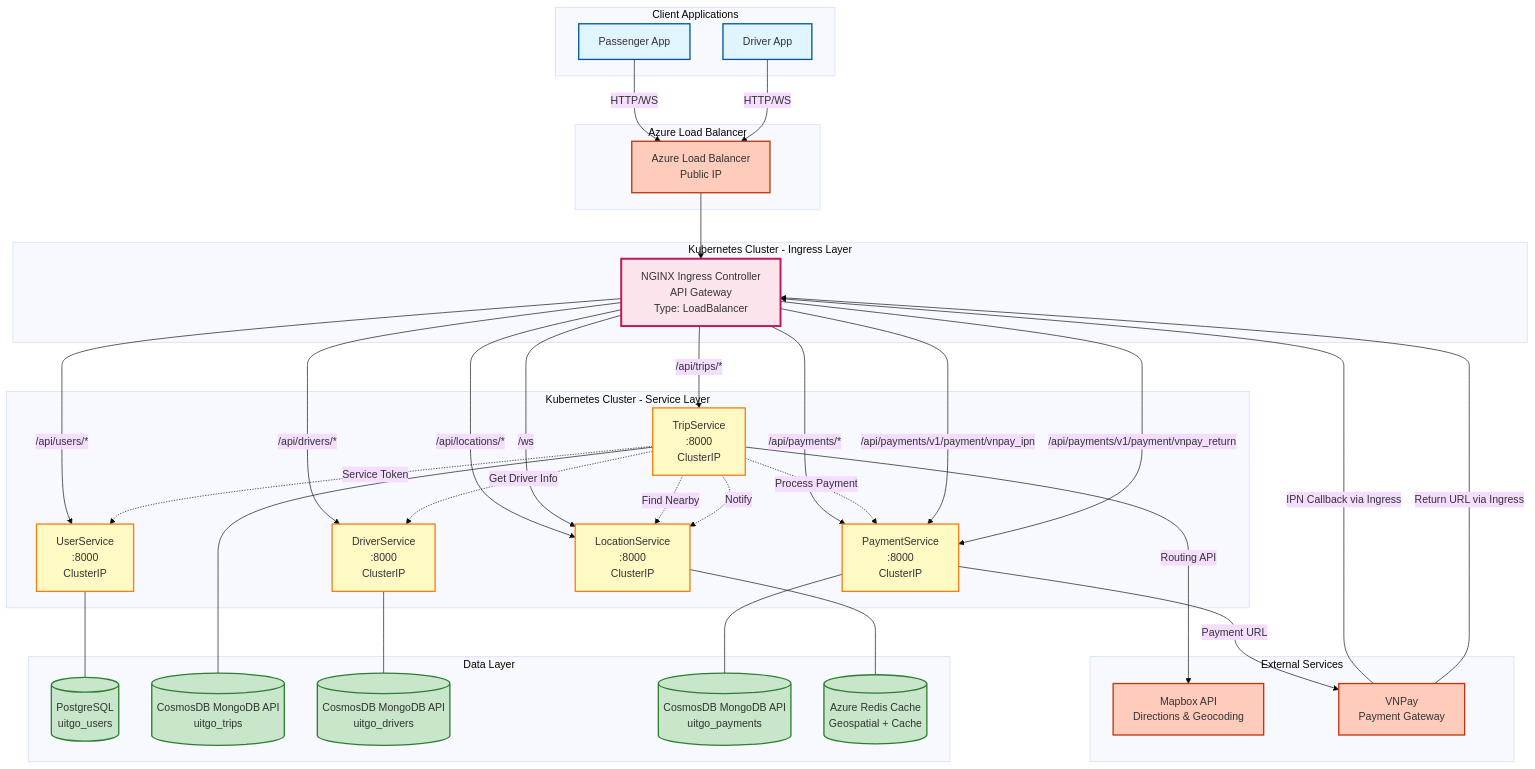
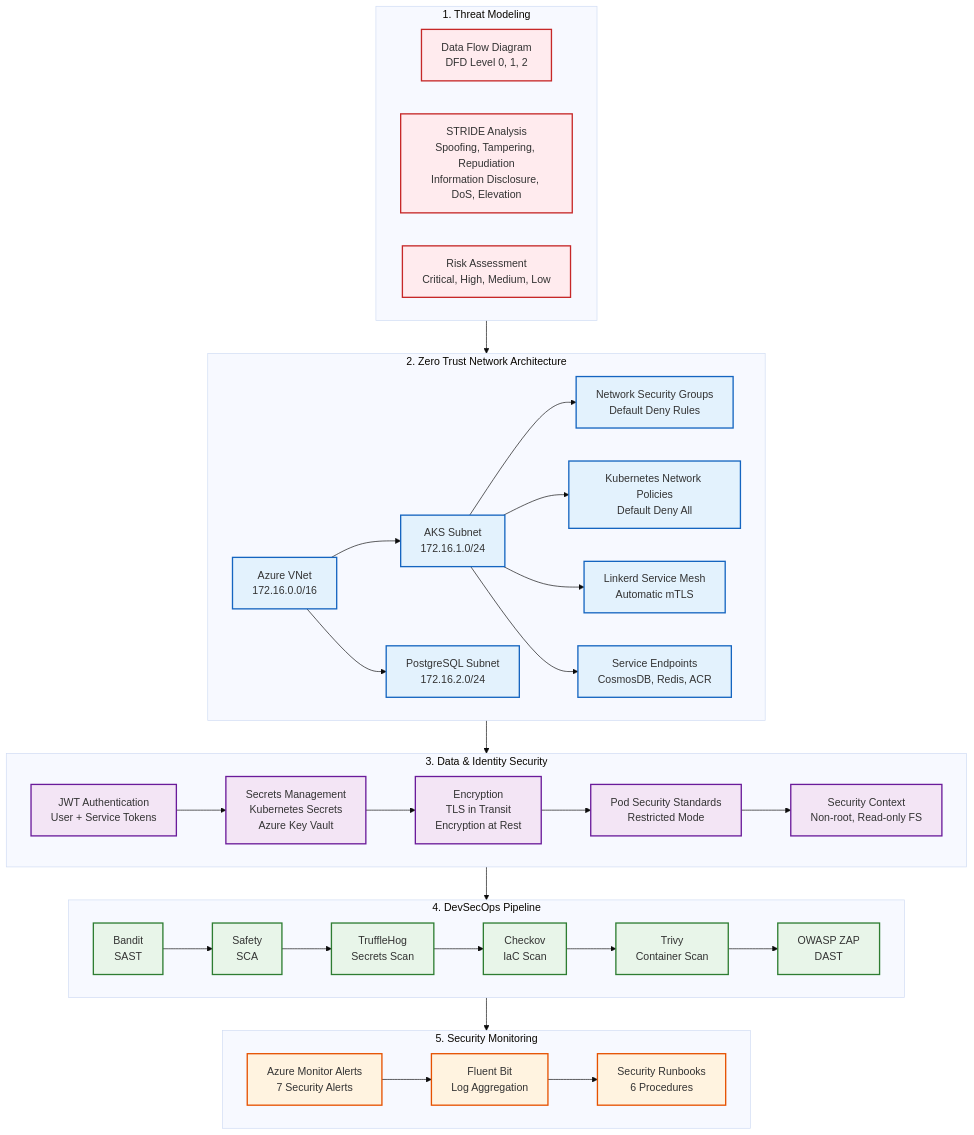
Before and after one commit to luuquanghuy-ui/se360-uit-go: the second of 2 diagrams in docs/ARCHITECTURE.md, drawn with Mermaid (base theme). The commit also changed other lines of this file, not shown here.

````diff
--- a/docs/ARCHITECTURE.md
+++ b/docs/ARCHITECTURE.md
@@ -222,83 +154,79 @@
 ```mermaid
 flowchart TB
-    subgraph "Client Applications"
-        PA[Passenger App]
-        DA[Driver App]
+    subgraph Threat["1. Threat Modeling"]
+        DFD[Data Flow Diagram<br/>DFD Level 0, 1, 2]
+        STRIDE[STRIDE Analysis<br/>Spoofing, Tampering, Repudiation<br/>Information Disclosure, DoS, Elevation]
+        RISK[Risk Assessment<br/>Critical, High, Medium, Low]
     end
 
-    subgraph "External Services"
-        MAPBOX[Mapbox API<br/>Directions & Geocoding]
-        VNPAY[VNPay<br/>Payment Gateway]
+    subgraph Network["2. Zero Trust Network Architecture"]
+        VNET[Azure VNet<br/>172.16.0.0/16]
+        SUBNET1[AKS Subnet<br/>172.16.1.0/24]
+        SUBNET2[PostgreSQL Subnet<br/>172.16.2.0/24]
+        NSG[Network Security Groups<br/>Default Deny Rules]
+        NP[Kubernetes Network Policies<br/>Default Deny All]
+        LINKERD[Linkerd Service Mesh<br/>Automatic mTLS]
+        SE[Service Endpoints<br/>CosmosDB, Redis, ACR]
     end
 
-    subgraph "Azure Load Balancer"
-        LB[Azure Load Balancer<br/>Public IP]
+    subgraph Data["3. Data & Identity Security"]
+        JWT[JWT Authentication<br/>User + Service Tokens]
+        SECRETS[Secrets Management<br/>Kubernetes Secrets<br/>Azure Key Vault]
+        ENCRYPT[Encryption<br/>TLS in Transit<br/>Encryption at Rest]
+        PSS[Pod Security Standards<br/>Restricted Mode]
+        SC[Security Context<br/>Non-root, Read-only FS]
     end
 
-    subgraph "Kubernetes Cluster - Ingress Layer"
-        INGRESS[NGINX Ingress Controller<br/>API Gateway<br/>Type: LoadBalancer]
+    subgraph DevSecOps["4. DevSecOps Pipeline"]
+        SAST[Bandit<br/>SAST]
+        SCA[Safety<br/>SCA]
+        SECRET[TruffleHog<br/>Secrets Scan]
+        IAC[Checkov<br/>IaC Scan]
+        CONTAINER[Trivy<br/>Container Scan]
+        DAST[OWASP ZAP<br/>DAST]
     end
 
-    subgraph "Kubernetes Cluster - Service Layer"
-        US[UserService<br/>:8000<br/>ClusterIP]
-        TS[TripService<br/>:8000<br/>ClusterIP]
-        DS[DriverService<br/>:8000<br/>ClusterIP]
-        LS[LocationService<br/>:8000<br/>ClusterIP]
-        PS[PaymentService<br/>:8000<br/>ClusterIP]
+    subgraph Monitor["5. Security Monitoring"]
+        ALERTS[Azure Monitor Alerts<br/>7 Security Alerts]
+        LOGS[Fluent Bit<br/>Log Aggregation]
+        RUNBOOKS[Security Runbooks<br/>6 Procedures]
     end
 
-    subgraph "Data Layer"
-        POSTGRES[(PostgreSQL<br/>uitgo_users)]
-        MONGO_TRIP[(CosmosDB MongoDB API<br/>uitgo_trips)]
-        MONGO_DRIVER[(CosmosDB MongoDB API<br/>uitgo_drivers)]
-        MONGO_PAYMENT[(CosmosDB MongoDB API<br/>uitgo_payments)]
-        REDIS[(Azure Redis Cache<br/>Geospatial + Cache)]
-    end
+    Threat --> Network
+    Network --> Data
+    Data --> DevSecOps
+    DevSecOps --> Monitor
 
-    %% Client to Ingress
-    PA -->|HTTP/WS| LB
-    DA -->|HTTP/WS| LB
-    LB --> INGRESS
+    VNET --> SUBNET1
+    VNET --> SUBNET2
+    SUBNET1 --> NSG
+    SUBNET1 --> NP
+    SUBNET1 --> LINKERD
+    SUBNET1 --> SE
 
-    %% Ingress routing (API Gateway pattern)
-    INGRESS -->|/api/users/*| US
-    INGRESS -->|/api/trips/*| TS
-    INGRESS -->|/api/drivers/*| DS
-    INGRESS -->|/api/locations/*| LS
-    INGRESS -->|/api/payments/*| PS
-    INGRESS -->|/ws| LS
+    JWT --> SECRETS
+    SECRETS --> ENCRYPT
+    ENCRYPT --> PSS
+    PSS --> SC
 
-    %% Service-to-service communication (internal)
-    TS -.->|Service Token| US
-    TS -.->|Get Driver Info| DS
-    TS -.->|Find Nearby| LS
-    TS -.->|Notify| LS
-    TS -.->|Process Payment| PS
-    TS -->|Routing API| MAPBOX
+    SAST --> SCA
+    SCA --> SECRET
+    SECRET --> IAC
+    IAC --> CONTAINER
+    CONTAINER --> DAST
 
-    PS -->|Payment URL| VNPAY
-    VNPAY -->|IPN Callback via Ingress| INGRESS
-    INGRESS -->|/api/payments/v1/payment/vnpay_ipn| PS
-    VNPAY -->|Return URL via Ingress| INGRESS
-    INGRESS -->|/api/payments/v1/payment/vnpay_return| PS
+    ALERTS --> LOGS
+    LOGS --> RUNBOOKS
 
-    %% Database connections
-    US --- POSTGRES
-    TS --- MONGO_TRIP
-    DS --- MONGO_DRIVER
-    PS --- MONGO_PAYMENT
-    LS --- REDIS
+    classDef threatStyle fill:#ffebee,stroke:#c62828,stroke-width:2px
+    classDef networkStyle fill:#e3f2fd,stroke:#1565c0,stroke-width:2px
+    classDef dataStyle fill:#f3e5f5,stroke:#6a1b9a,stroke-width:2px
+    classDef devsecStyle fill:#e8f5e9,stroke:#2e7d32,stroke-width:2px
+    classDef monitorStyle fill:#fff3e0,stroke:#e65100,stroke-width:2px
 
-    %% Styling
-    classDef clientStyle fill:#e1f5ff,stroke:#01579b,stroke-width:2px
-    classDef ingressStyle fill:#fce4ec,stroke:#c2185b,stroke-width:3px
-    classDef serviceStyle fill:#fff9c4,stroke:#f57f17,stroke-width:2px
-    classDef dbStyle fill:#c8e6c9,stroke:#2e7d32,stroke-width:2px
-    classDef externalStyle fill:#ffccbc,stroke:#bf360c,stroke-width:2px
-
-    class PA,DA clientStyle
-    class INGRESS ingressStyle
-    class US,TS,DS,LS,PS serviceStyle
-    class POSTGRES,MONGO_TRIP,MONGO_DRIVER,MONGO_PAYMENT,REDIS dbStyle
-    class MAPBOX,VNPAY,LB externalStyle
+    class DFD,STRIDE,RISK threatStyle
+    class VNET,SUBNET1,SUBNET2,NSG,NP,LINKERD,SE networkStyle
+    class JWT,SECRETS,ENCRYPT,PSS,SC dataStyle
+    class SAST,SCA,SECRET,IAC,CONTAINER,DAST devsecStyle
+    class ALERTS,LOGS,RUNBOOKS monitorStyle
 ```
````
